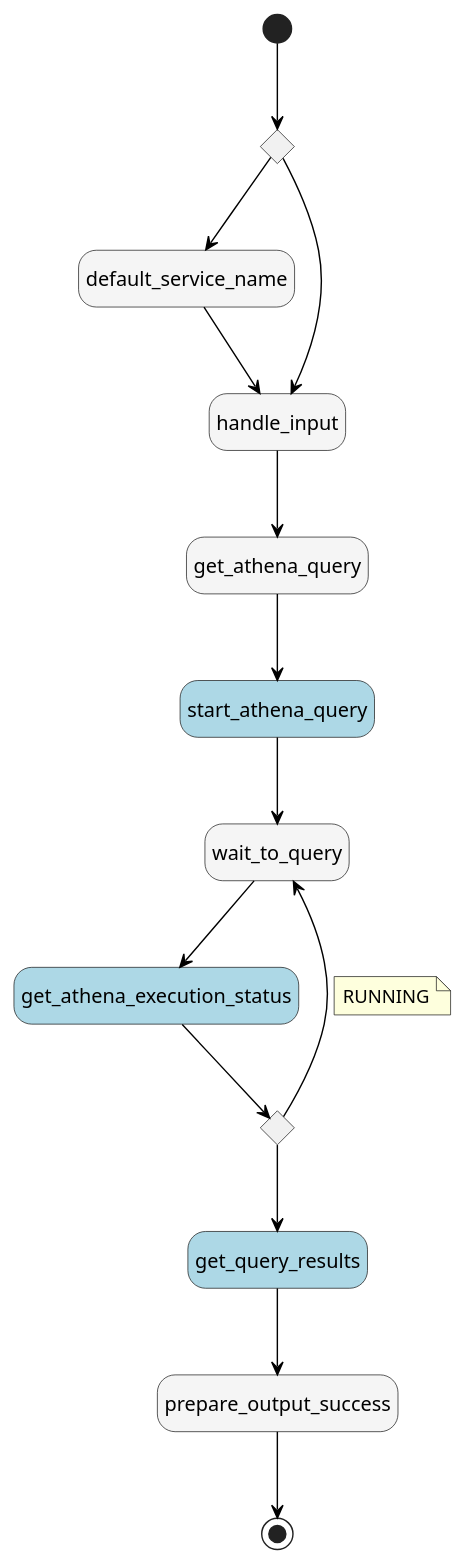
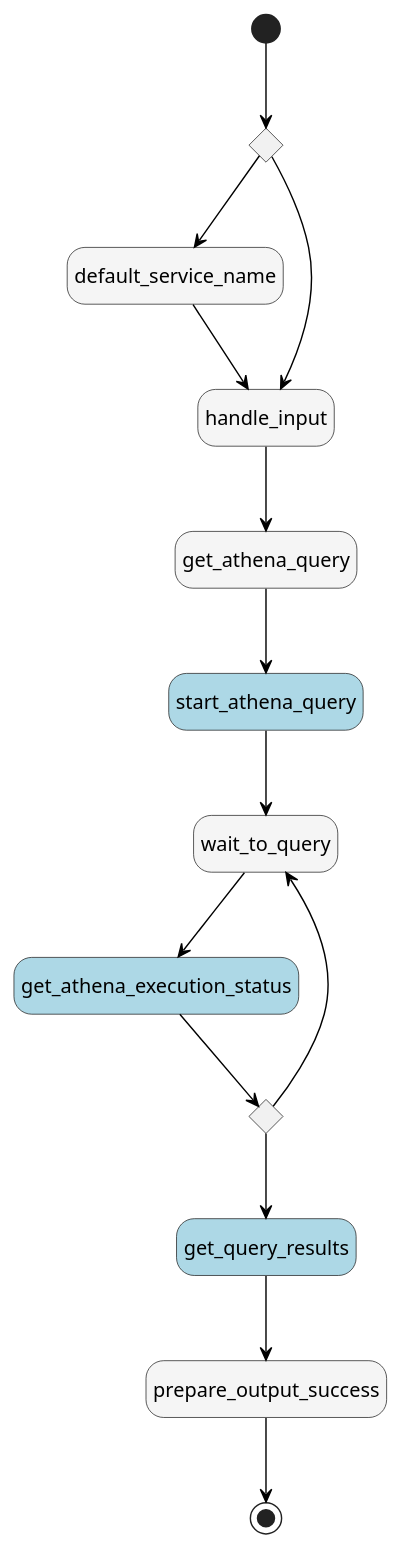
One commit to massfords/asl-puml changed the diagram in src/__tests__/pumls/aws-example-execute_athena_query.asl.puml. Above: the diagram before and after it, drawn with PlantUML. The commit also changed 5 other files, not shown here.

```diff
--- a/src/__tests__/pumls/aws-example-execute_athena_query.asl.puml
+++ b/src/__tests__/pumls/aws-example-execute_athena_query.asl.puml
@@ -1,45 +1,42 @@
 @startuml
 hide empty description
 skinparam ArrowColor #black
 skinparam state {
 
     BackgroundColor<<Choice>> #whitesmoke
     FontColor<<Choice>> automatic
 
     BackgroundColor<<aslPass>> #whitesmoke
     FontColor<<aslPass>> automatic
 
     BackgroundColor<<aslTask>> #lightblue
     FontColor<<aslTask>> automatic
 
     BackgroundColor<<aslWait>> #whitesmoke
     FontColor<<aslWait>> automatic
     BackgroundColor<<Compensate>> #orange
 }
 state "confirm_service_name" as state1<<Choice>>
 state "default_service_name" as state2<<aslPass>>
 state "handle_input" as state3<<aslPass>>
 state "get_athena_query" as state4<<aslPass>>
 state "start_athena_query" as state5<<aslTask>>
 state "wait_to_query" as state6<<aslWait>>
 state "get_athena_execution_status" as state7<<aslTask>>
 state "is_query_finished" as state8<<Choice>>
 state "get_query_results" as state9<<aslTask>>
 state "prepare_output_success" as state10<<aslPass>>
 [*] --> state1
 state1 --> state3
 state1 --> state2
 state2 --> state3
 state3 --> state4
 state4 --> state5
 state5 --> state6
 state6 --> state7
 state7 --> state8
 state8 --> state6
-note on link
-RUNNING
-end note
 state8 --> state9
 state9 --> state10
 state10 --> [*]
 @enduml
```
